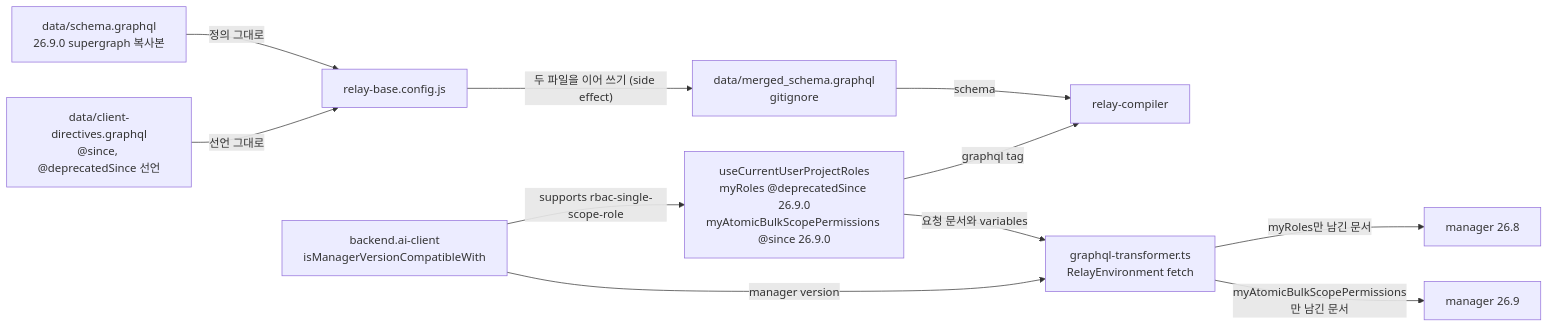
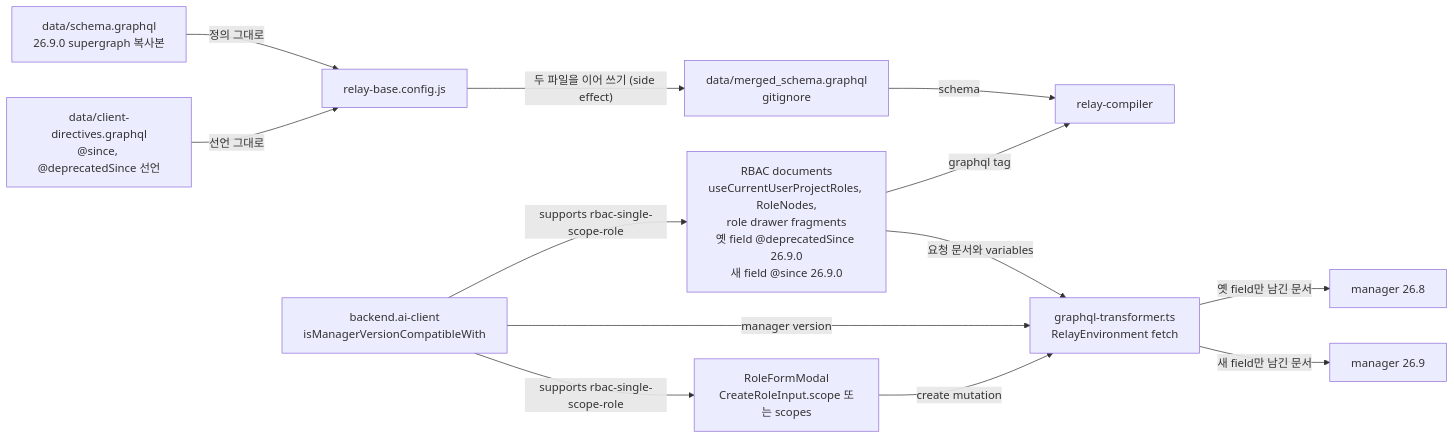
Before and after one commit to lablup/backend.ai-webui: the diagram in docs/adr/0006-version-gated-field-pairs-across-manager-versions.md, drawn with Mermaid. The commit also changed other lines of this file and 1 other file, not shown here.

First line of the commit message:
docs(FR-3905): extend ADR 0006 to the role list, drawer and form

````diff
--- a/docs/adr/0006-version-gated-field-pairs-across-manager-versions.md
+++ b/docs/adr/0006-version-gated-field-pairs-across-manager-versions.md
@@ -33,23 +34,26 @@
 ```mermaid
 flowchart LR
   supergraph["data/schema.graphql<br/>26.9.0 supergraph 복사본"]
   directives["data/client-directives.graphql<br/>@since, @deprecatedSince 선언"]
   config["relay-base.config.js"]
   merged["data/merged_schema.graphql<br/>gitignore"]
   compiler["relay-compiler"]
-  hook["useCurrentUserProjectRoles<br/>myRoles @deprecatedSince 26.9.0<br/>myAtomicBulkScopePermissions @since 26.9.0"]
+  hook["RBAC documents<br/>useCurrentUserProjectRoles, RoleNodes,<br/>role drawer fragments<br/>옛 field @deprecatedSince 26.9.0<br/>새 field @since 26.9.0"]
+  form["RoleFormModal<br/>CreateRoleInput.scope 또는 scopes"]
   transformer["graphql-transformer.ts<br/>RelayEnvironment fetch"]
   client["backend.ai-client<br/>isManagerVersionCompatibleWith"]
   old["manager 26.8"]
   new["manager 26.9"]
   supergraph -- "정의 그대로" --> config
   directives -- "선언 그대로" --> config
   config -- "두 파일을 이어 쓰기 (side effect)" --> merged
   merged -- "schema" --> compiler
   hook -- "graphql tag" --> compiler
   hook -- "요청 문서와 variables" --> transformer
   client -- "manager version" --> transformer
   client -- "supports rbac-single-scope-role" --> hook
-  transformer -- "myRoles만 남긴 문서" --> old
-  transformer -- "myAtomicBulkScopePermissions만 남긴 문서" --> new
+  client -- "supports rbac-single-scope-role" --> form
+  form -- "create mutation" --> transformer
+  transformer -- "옛 field만 남긴 문서" --> old
+  transformer -- "새 field만 남긴 문서" --> new
 ```
````
